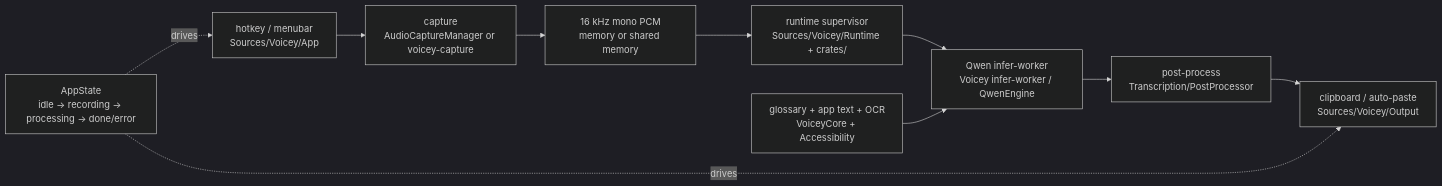
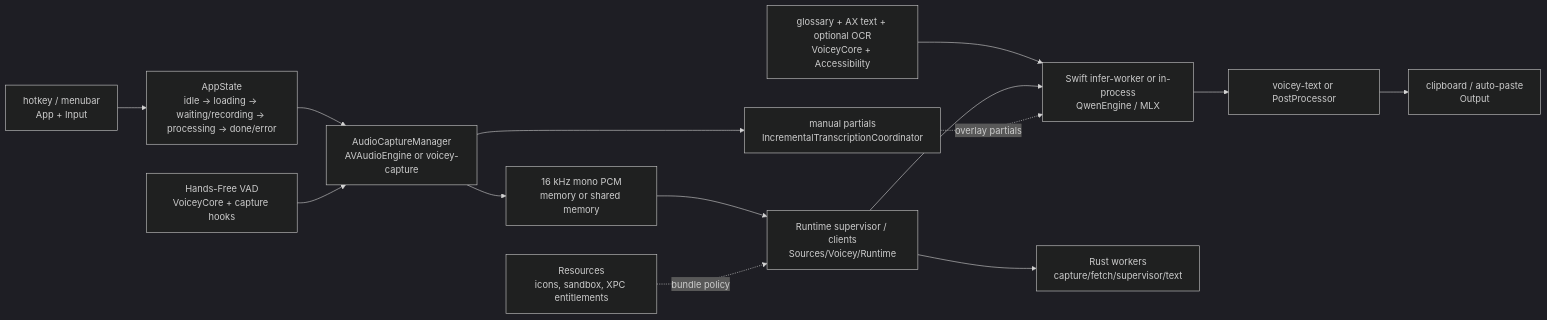
Before and after one commit to jonathanKingston/voicey: the diagram in docs/ARCHITECTURE.md, drawn with Mermaid (dark theme). The commit also changed other lines of this file, not shown here.

````diff
--- a/docs/ARCHITECTURE.md
+++ b/docs/ARCHITECTURE.md
@@ -8,12 +8,16 @@
 ```mermaid
 flowchart LR
-  Hotkey["hotkey / menubar<br/>Sources/Voicey/App"] --> Capture["capture<br/>AudioCaptureManager or voicey-capture"]
+  Hotkey["hotkey / menubar<br/>App + Input"] --> State["AppState<br/>idle -> loading -> waiting/recording -> processing -> done/error"]
+  State --> Capture["AudioCaptureManager<br/>AVAudioEngine or voicey-capture"]
+  Capture --> Manual["manual partials<br/>IncrementalTranscriptionCoordinator"]
   Capture --> PCM["16 kHz mono PCM<br/>memory or shared memory"]
-  PCM --> Runtime["runtime supervisor<br/>Sources/Voicey/Runtime + crates/"]
-  Runtime --> Infer["Qwen infer-worker<br/>Voicey infer-worker / QwenEngine"]
-  Context["glossary + app text + OCR<br/>VoiceyCore + Accessibility"] --> Infer
-  Infer --> Post["post-process<br/>Transcription/PostProcessor"]
-  Post --> Output["clipboard / auto-paste<br/>Sources/Voicey/Output"]
-  AppState["AppState<br/>idle -> recording -> processing -> done/error"] -.drives.-> Hotkey
-  AppState -.drives.-> Output
+  HF["Hands-Free VAD<br/>VoiceyCore + capture hooks"] --> Capture
+  Context["glossary + AX text + optional OCR<br/>VoiceyCore + Accessibility"] --> Infer
+  PCM --> Runtime["Runtime supervisor / clients<br/>Sources/Voicey/Runtime"]
+  Runtime --> Workers["Rust workers<br/>capture/fetch/supervisor/text"]
+  Runtime --> Infer["Swift infer-worker or in-process<br/>QwenEngine / MLX"]
+  Manual -.->|overlay partials| Infer
+  Infer --> Text["voicey-text or PostProcessor"]
+  Text --> Output["clipboard / auto-paste<br/>Output"]
+  Resources["Resources<br/>icons, sandbox, XPC entitlements"] -.->|bundle policy| Runtime
 ```
````
